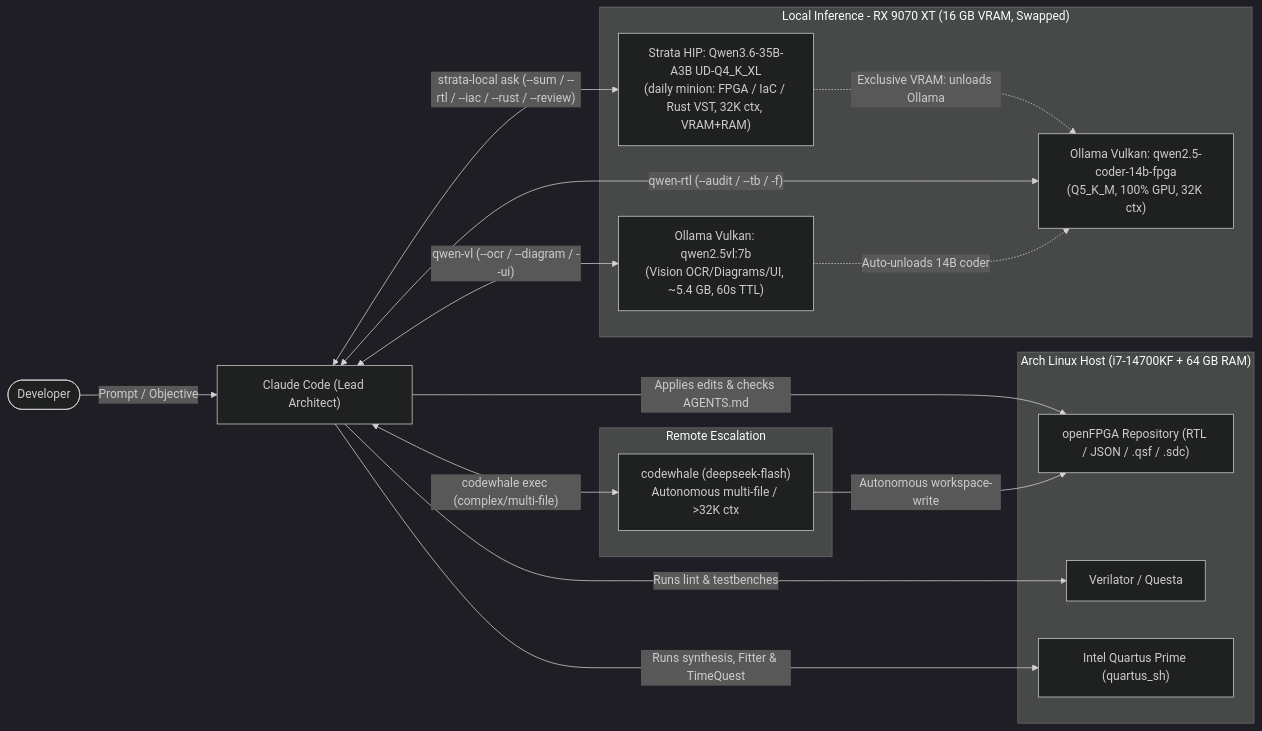
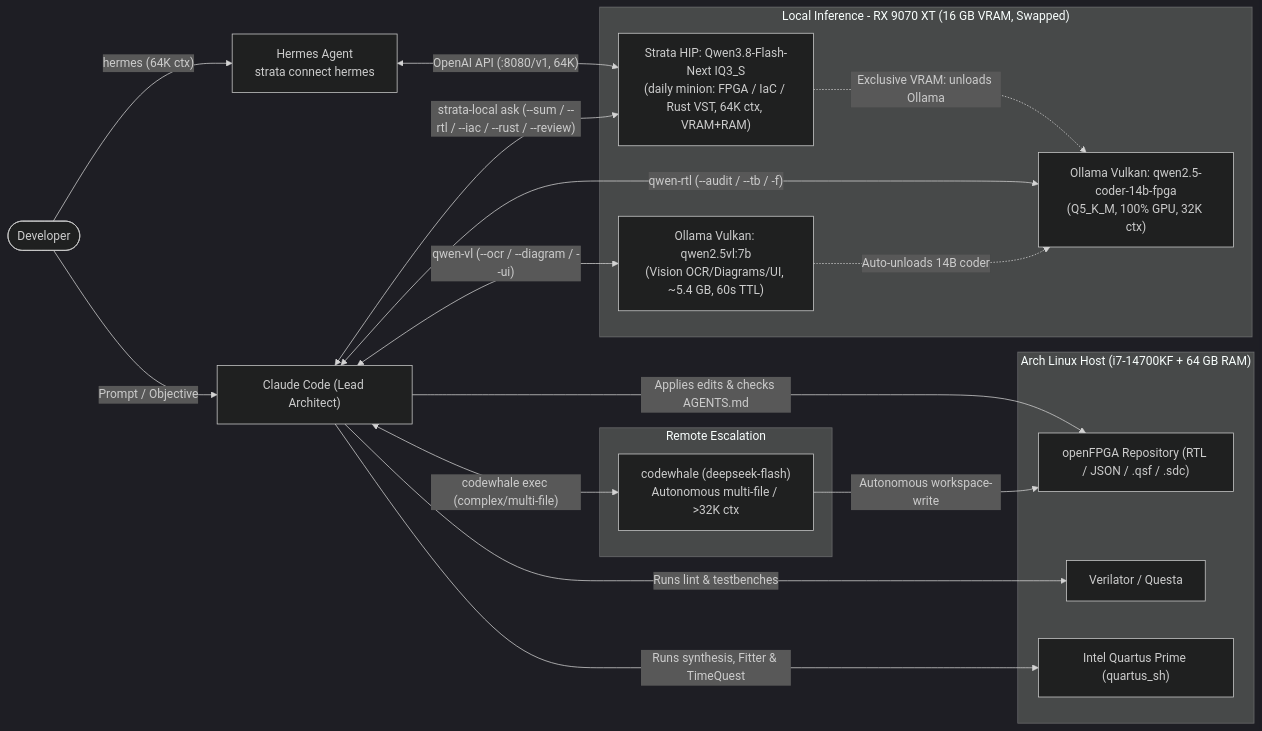
One commit to DanimanX/9070FpgaIAWorkflow changed the first of 3 diagrams in docs/ai-fpga-workflow.md. Above: the diagram before and after it, drawn with Mermaid (dark theme). The commit also changed other lines of this file and 1 other file, not shown here.

Commit message:
docs: update Strata model to Qwen3.8-Flash-Next IQ3_S and add Hermes Agent

````diff
--- a/docs/ai-fpga-workflow.md
+++ b/docs/ai-fpga-workflow.md
@@ -14,31 +14,33 @@
 ```mermaid
 flowchart LR
     Dev(["Developer"]) -->|"Prompt / Objective"| Claude["Claude Code (Lead Architect)"]
+    Dev -->|"hermes (64K ctx)"| Hermes["Hermes Agent<br/>strata connect hermes"]
 
     subgraph LocalGPU["Local Inference - RX 9070 XT (16 GB VRAM, Swapped)"]
-        Strata["Strata HIP: Qwen3.6-35B-A3B UD-Q4_K_XL<br/>(daily minion: FPGA / IaC / Rust VST, 32K ctx, VRAM+RAM)"]
+        Strata["Strata HIP: Qwen3.8-Flash-Next IQ3_S<br/>(daily minion: FPGA / IaC / Rust VST, 64K ctx, VRAM+RAM)"]
         Qwen["Ollama Vulkan: qwen2.5-coder-14b-fpga<br/>(Q5_K_M, 100% GPU, 32K ctx)"]
         QwenVL["Ollama Vulkan: qwen2.5vl:7b<br/>(Vision OCR/Diagrams/UI, ~5.4 GB, 60s TTL)"]
     end
 
     subgraph CloudAPI["Remote Escalation"]
         CW["codewhale (deepseek-flash)<br/>Autonomous multi-file / >32K ctx"]
     end
 
     subgraph Toolchain["Arch Linux Host (i7-14700KF + 64 GB RAM)"]
         FS["openFPGA Repository (RTL / JSON / .qsf / .sdc)"]
         Sim["Verilator / Questa"]
         Quartus["Intel Quartus Prime (quartus_sh)"]
     end
 
+    Hermes <-->|"OpenAI API (:8080/v1, 64K)"| Strata
     Claude <-->|"strata-local ask (--sum / --rtl / --iac / --rust / --review)"| Strata
     Strata -.->|"Exclusive VRAM: unloads Ollama"| Qwen
     Claude <-->|"qwen-rtl (--audit / --tb / -f)"| Qwen
     Claude <-->|"qwen-vl (--ocr / --diagram / --ui)"| QwenVL
     QwenVL -.->|"Auto-unloads 14B coder"| Qwen
     Claude <-->|"codewhale exec (complex/multi-file)"| CW
     Claude -->|"Applies edits & checks AGENTS.md"| FS
     CW -->|"Autonomous workspace-write"| FS
     Claude -->|"Runs lint & testbenches"| Sim
     Claude -->|"Runs synthesis, Fitter & TimeQuest"| Quartus
 ```
````
